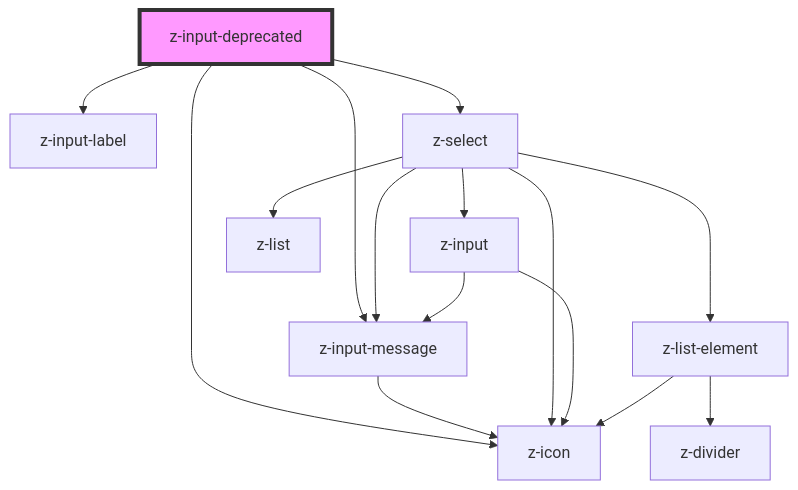
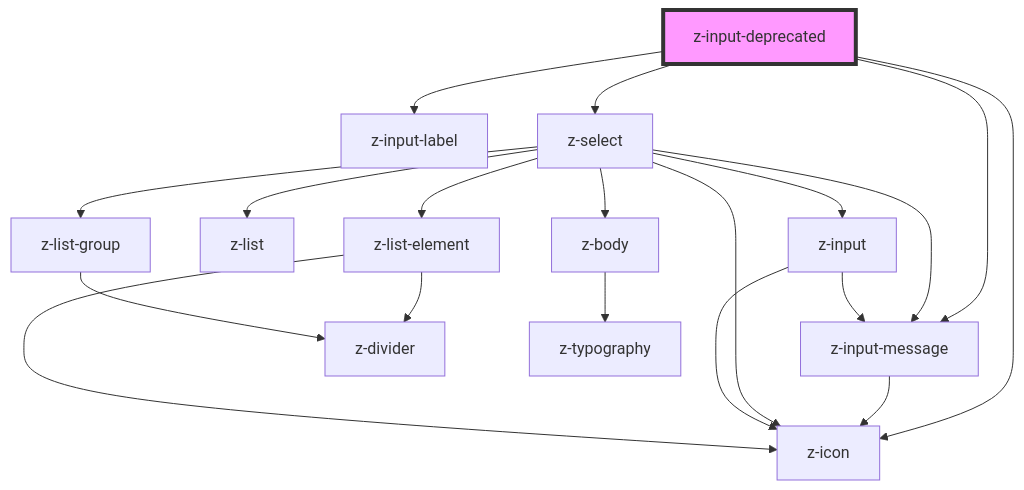
Before and after one commit to ZanichelliEditore/design-system: the diagram in src/deprecated/z-input-deprecated/readme.md, drawn with Mermaid. The commit also changed 3 other files, not shown here.

````diff
--- a/src/deprecated/z-input-deprecated/readme.md
+++ b/src/deprecated/z-input-deprecated/readme.md
@@ -222,18 +222,22 @@
 ```mermaid
 graph TD;
   z-input-deprecated --> z-input-label
   z-input-deprecated --> z-icon
   z-input-deprecated --> z-input-message
   z-input-deprecated --> z-select
   z-input-message --> z-icon
   z-select --> z-input
   z-select --> z-list
   z-select --> z-list-element
+  z-select --> z-list-group
+  z-select --> z-body
   z-select --> z-icon
   z-select --> z-input-message
   z-input --> z-icon
   z-input --> z-input-message
   z-list-element --> z-icon
   z-list-element --> z-divider
+  z-list-group --> z-divider
+  z-body --> z-typography
   style z-input-deprecated fill:#f9f,stroke:#333,stroke-width:4px
 ```
````
